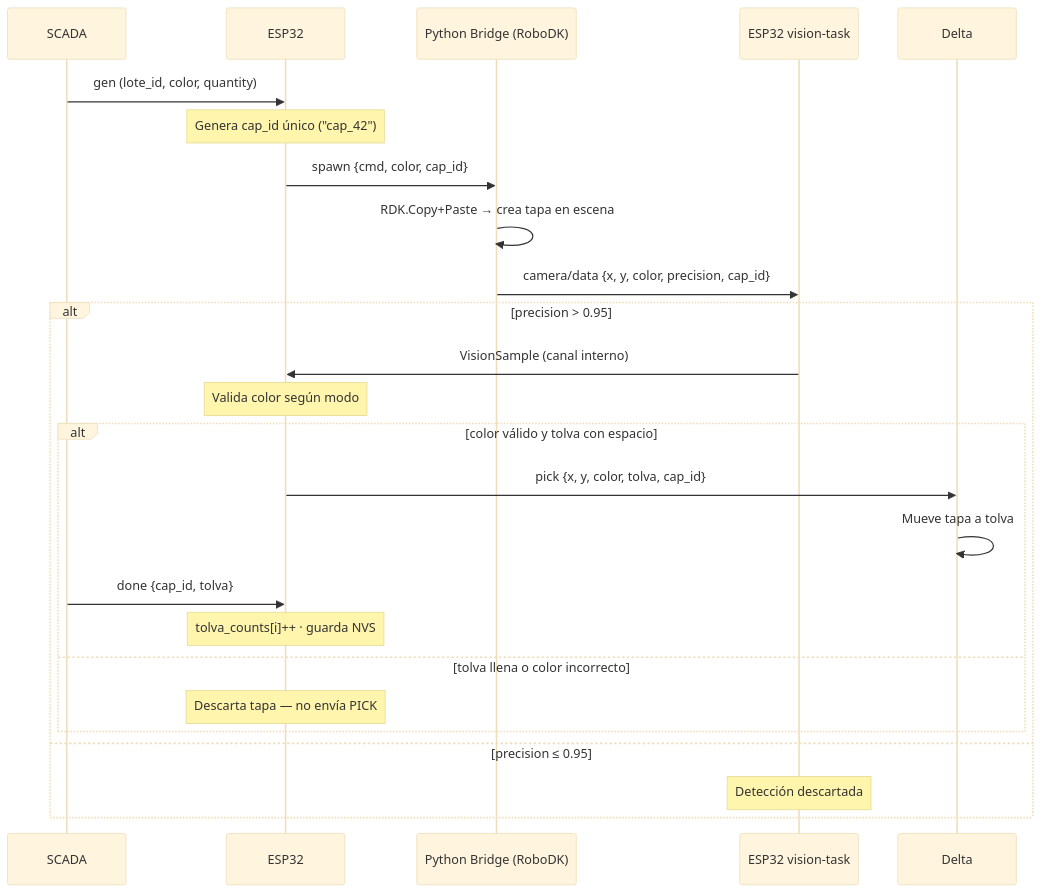
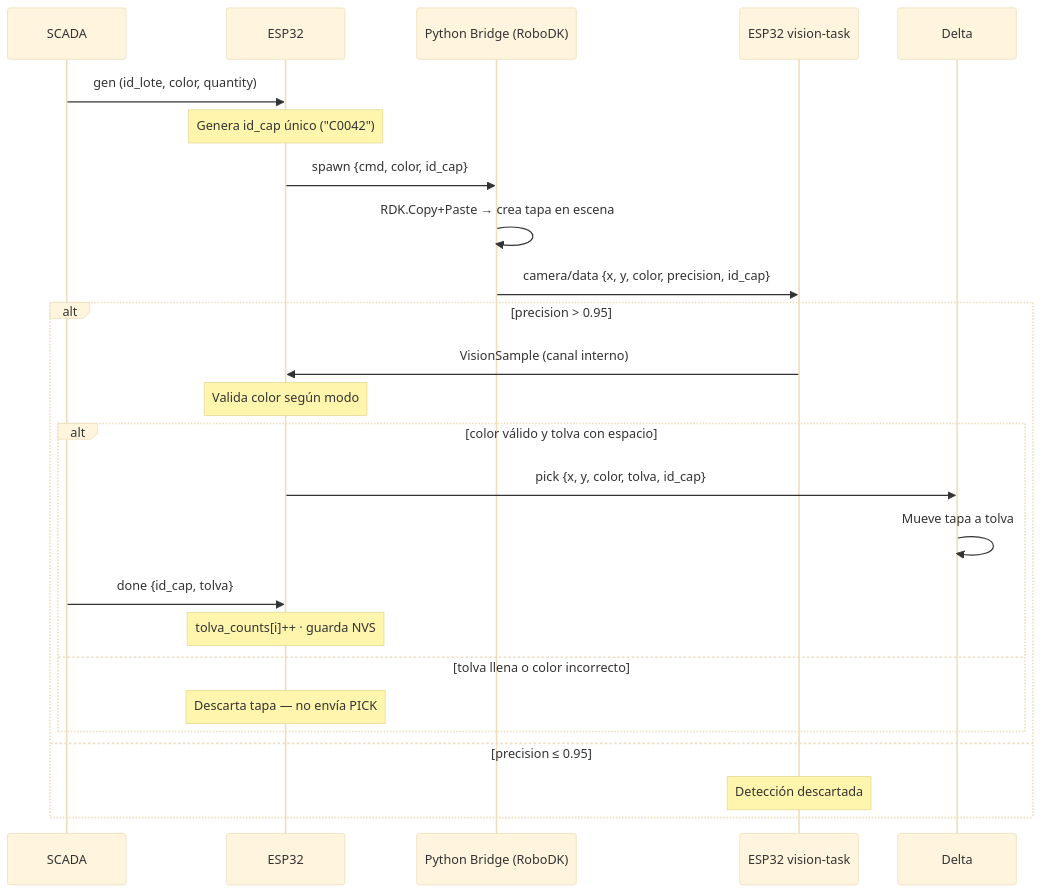
The second of 7 diagrams in c/Diagramas_flujo.md (PR2-A1/Proyecto), drawn with Mermaid (base theme) before and after one commit. The commit also changed other lines of this file and 21 other files, not shown here.

````diff
--- a/c/Diagramas_flujo.md
+++ b/c/Diagramas_flujo.md
@@ -47,29 +47,29 @@
 ```mermaid
 sequenceDiagram
     participant SCADA
     participant ESP32
     participant PythonBridge as Python Bridge (RoboDK)
     participant ESP32v as ESP32 vision-task
     participant Delta
 
-    SCADA->>ESP32: gen (lote_id, color, quantity)
-    Note over ESP32: Genera cap_id único ("cap_42")
-    ESP32->>PythonBridge: spawn {cmd, color, cap_id}
+    SCADA->>ESP32: gen (id_lote, color, quantity)
+    Note over ESP32: Genera id_cap único ("C0042")
+    ESP32->>PythonBridge: spawn {cmd, color, id_cap}
     PythonBridge->>PythonBridge: RDK.Copy+Paste → crea tapa en escena
-    PythonBridge->>ESP32v: camera/data {x, y, color, precision, cap_id}
+    PythonBridge->>ESP32v: camera/data {x, y, color, precision, id_cap}
 
     alt precision > 0.95
         ESP32v->>ESP32: VisionSample (canal interno)
         Note over ESP32: Valida color según modo
         alt color válido y tolva con espacio
-            ESP32->>Delta: pick {x, y, color, tolva, cap_id}
+            ESP32->>Delta: pick {x, y, color, tolva, id_cap}
             Delta->>Delta: Mueve tapa a tolva
-            SCADA->>ESP32: done {cap_id, tolva}
+            SCADA->>ESP32: done {id_cap, tolva}
             Note over ESP32: tolva_counts[i]++ · guarda NVS
         else tolva llena o color incorrecto
             Note over ESP32: Descarta tapa — no envía PICK
         end
     else precision ≤ 0.95
         Note over ESP32v: Detección descartada
     end
 ```
````
